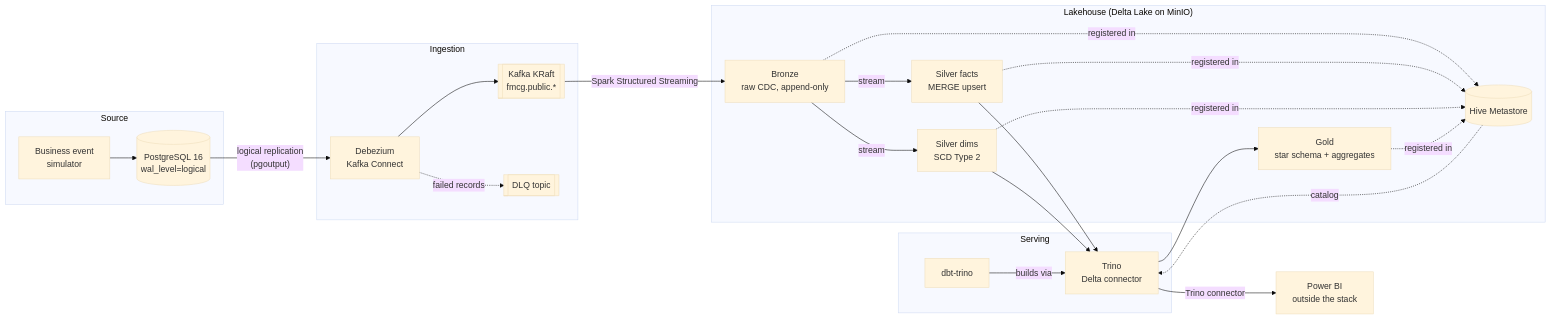
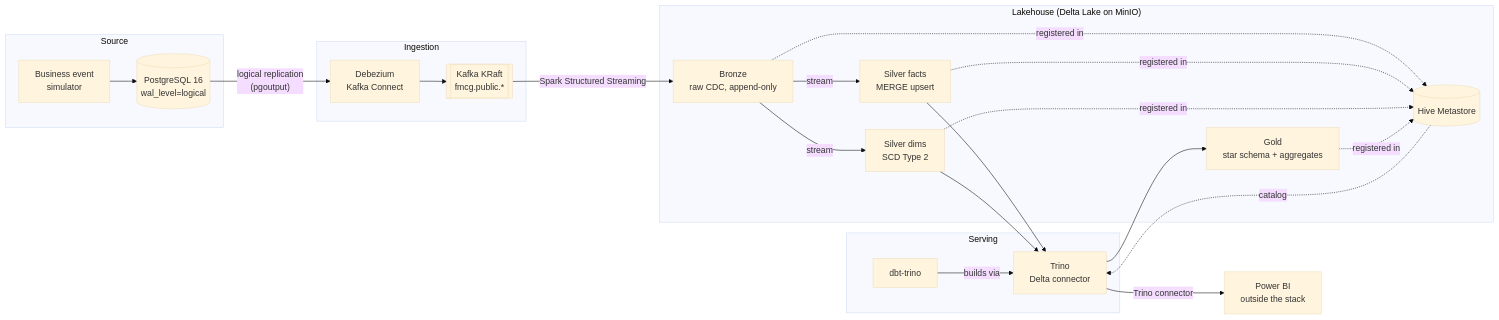
One commit to cleavestone/fmcg-realtime-lakehouse changed the diagram in README.md. Above: the diagram before and after it, drawn with Mermaid (base theme). The commit also changed other lines of this file and 15 other files, not shown here.

````diff
--- a/README.md
+++ b/README.md
@@ -20,36 +20,35 @@
 ```mermaid
 flowchart LR
   subgraph Source
     SIM[Business event<br/>simulator] --> PG[(PostgreSQL 16<br/>wal_level=logical)]
   end
 
   subgraph Ingestion
     PG -- "logical replication<br/>(pgoutput)" --> DBZ[Debezium<br/>Kafka Connect]
     DBZ --> K[[Kafka KRaft<br/>fmcg.public.*]]
-    DBZ -. failed records .-> DLQ[[DLQ topic]]
   end
 
   subgraph Lakehouse["Lakehouse (Delta Lake on MinIO)"]
     BR[Bronze<br/>raw CDC, append-only]
     SF[Silver facts<br/>MERGE upsert]
     SD[Silver dims<br/>SCD Type 2]
     GD[Gold<br/>star schema + aggregates]
     HMS[(Hive Metastore)]
   end
 
   subgraph Serving
     TR[Trino<br/>Delta connector]
     DBT[dbt-trino]
   end
 
   K -- Spark Structured Streaming --> BR
   BR -- stream --> SF
   BR -- stream --> SD
   SF --> TR
   SD --> TR
   DBT -- builds via --> TR
   TR --> GD
   TR -- Trino connector --> PBI[Power BI<br/>outside the stack]
   BR & SF & SD & GD -. registered in .-> HMS
   HMS -. catalog .-> TR
 ```
````
